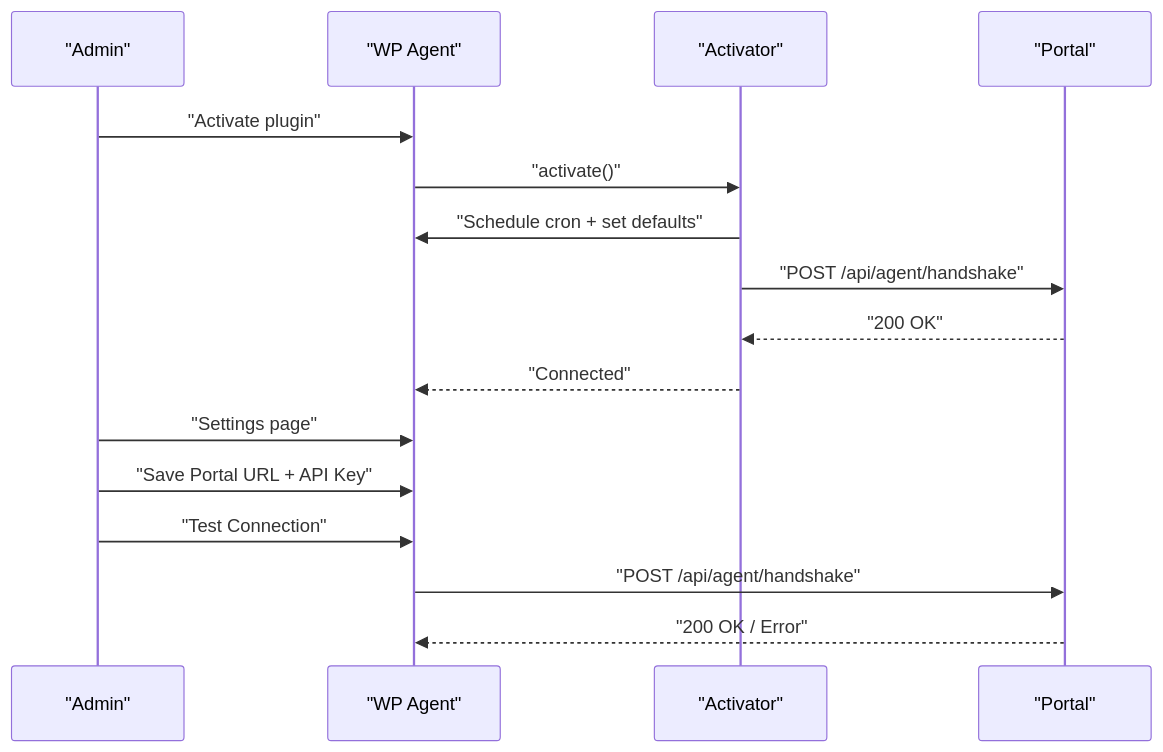
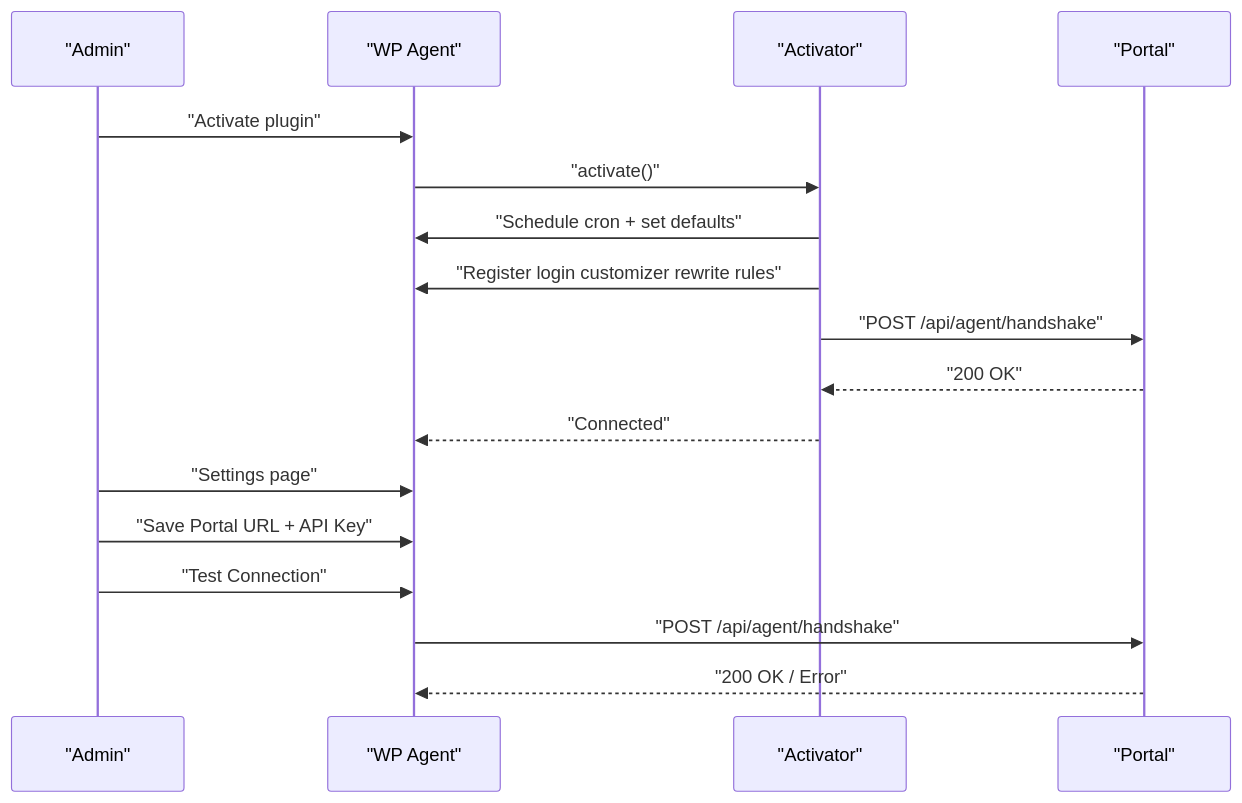
Before and after one commit to FCS-WP/website_portal: the eighth of 23 diagrams in .qoder/repowiki/en/content/WordPress Agent Integration/WordPress Agent Integration.md, drawn with Mermaid. The commit also changed other lines of this file and 30 other files, not shown here.

````diff
--- a/.qoder/repowiki/en/content/WordPress Agent Integration/WordPress Agent Integration.md
+++ b/.qoder/repowiki/en/content/WordPress Agent Integration/WordPress Agent Integration.md
@@ -413,18 +521,19 @@
 ```mermaid
 sequenceDiagram
 participant Admin as "Admin"
 participant WP as "WP Agent"
 participant Act as "Activator"
 participant Portal as "Portal"
 Admin->>WP : "Activate plugin"
 WP->>Act : "activate()"
 Act->>WP : "Schedule cron + set defaults"
+Act->>WP : "Register login customizer rewrite rules"
 Act->>Portal : "POST /api/agent/handshake"
 Portal-->>Act : "200 OK"
 Act-->>WP : "Connected"
 Admin->>WP : "Settings page"
 Admin->>WP : "Save Portal URL + API Key"
 Admin->>WP : "Test Connection"
 WP->>Portal : "POST /api/agent/handshake"
 Portal-->>WP : "200 OK / Error"
 ```
````
